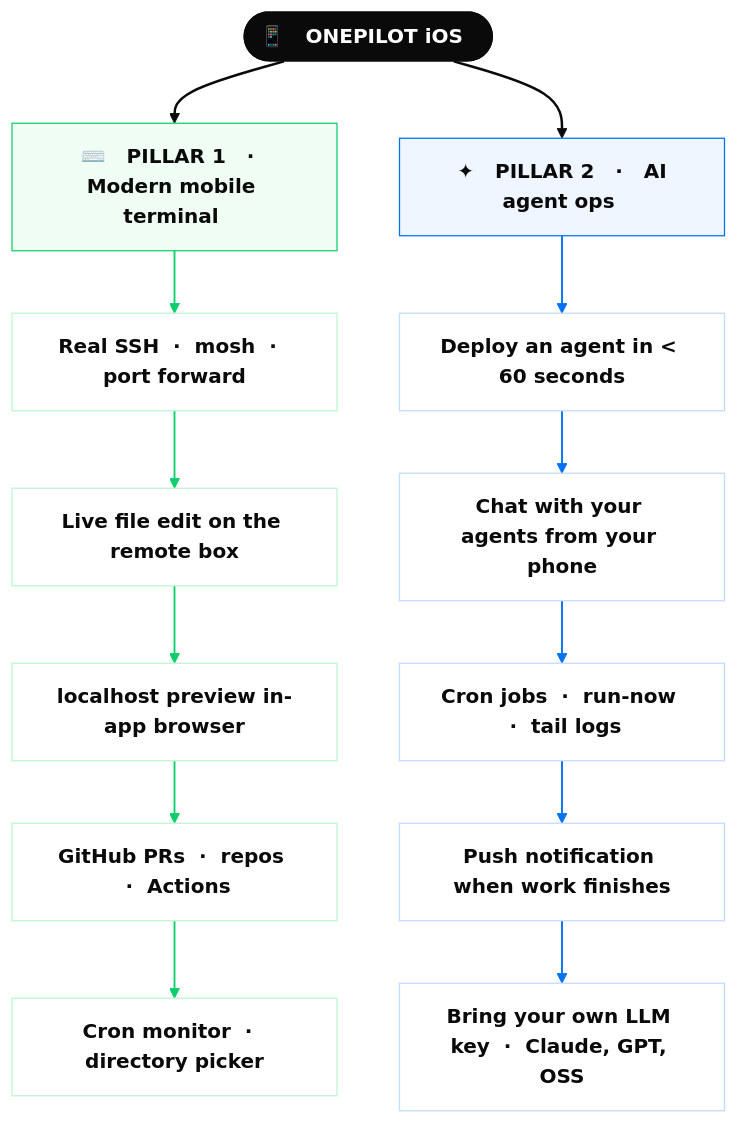
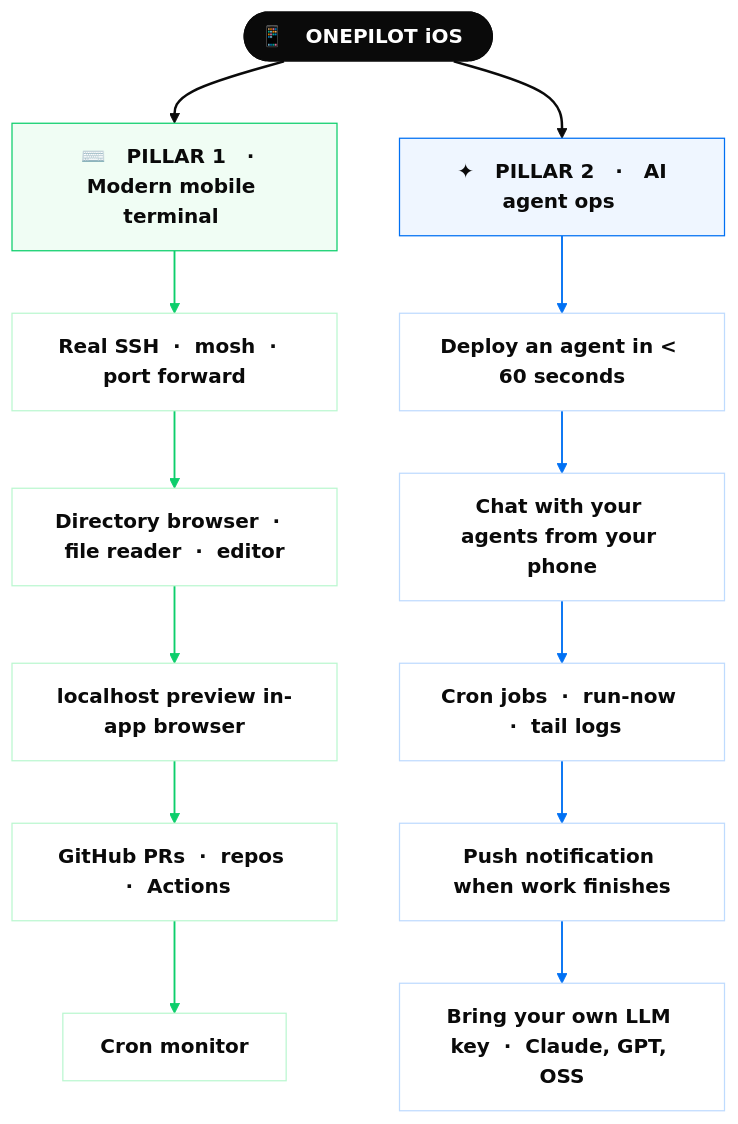
The first of 3 diagrams in README.md (sofiane8910/onepilotapp), drawn with Mermaid (neutral theme) before and after one commit. The commit also changed other lines of this file, not shown here.

Commit message:
README: directory feature is browser + reader + editor
"Directory picker" undersold it — the feature is a full remote
directory browser, file reader, and editor. Updated prose and the
mermaid diagram to match.

````diff
--- a/README.md
+++ b/README.md
@@ -35,34 +35,34 @@
 ```mermaid
 flowchart TB
     P(["📱 &nbsp;&nbsp;ONEPILOT iOS&nbsp;&nbsp;"])
 
     P ==> T["&nbsp;⌨️ &nbsp;&nbsp;PILLAR 1 &nbsp;&nbsp;·&nbsp;&nbsp; Modern mobile terminal&nbsp;"]
     P ==> A["&nbsp;✦ &nbsp;&nbsp;PILLAR 2 &nbsp;&nbsp;·&nbsp;&nbsp; AI agent ops&nbsp;"]
 
     T --> T1["Real SSH &nbsp;·&nbsp; mosh &nbsp;·&nbsp; port forward"]
-    T1 --> T2["Live file edit on the remote box"]
+    T1 --> T2["Directory browser &nbsp;·&nbsp; file reader &nbsp;·&nbsp; editor"]
     T2 --> T3["localhost preview in-app browser"]
     T3 --> T4["GitHub PRs &nbsp;·&nbsp; repos &nbsp;·&nbsp; Actions"]
-    T4 --> T5["Cron monitor &nbsp;·&nbsp; directory picker"]
+    T4 --> T5["Cron monitor"]
 
     A --> A1["Deploy an agent in &lt; 60 seconds"]
     A1 --> A2["Chat with your agents from your phone"]
     A2 --> A3["Cron jobs &nbsp;·&nbsp; run-now &nbsp;·&nbsp; tail logs"]
     A3 --> A4["Push notification when work finishes"]
     A4 --> A5["Bring your own LLM key &nbsp;·&nbsp; Claude, GPT, OSS"]
 
     linkStyle 0,1 stroke:#0a0a0a,stroke-width:2px
     linkStyle 2,3,4,5,6 stroke:#0cce6b,stroke-width:1.5px
     linkStyle 7,8,9,10,11 stroke:#0070f3,stroke-width:1.5px
 
     classDef root fill:#0a0a0a,stroke:#0a0a0a,color:#fff,font-weight:bold
     classDef pillar1 fill:#f0fdf4,stroke:#0cce6b,color:#0a0a0a,font-weight:bold
     classDef pillar2 fill:#eff6ff,stroke:#0070f3,color:#0a0a0a,font-weight:bold
     classDef leaf1 fill:#ffffff,stroke:#bbf7d0,color:#0a0a0a
     classDef leaf2 fill:#ffffff,stroke:#bfdbfe,color:#0a0a0a
     class P root
     class T pillar1
     class A pillar2
     class T1,T2,T3,T4,T5 leaf1
     class A1,A2,A3,A4,A5 leaf2
 ```
````
